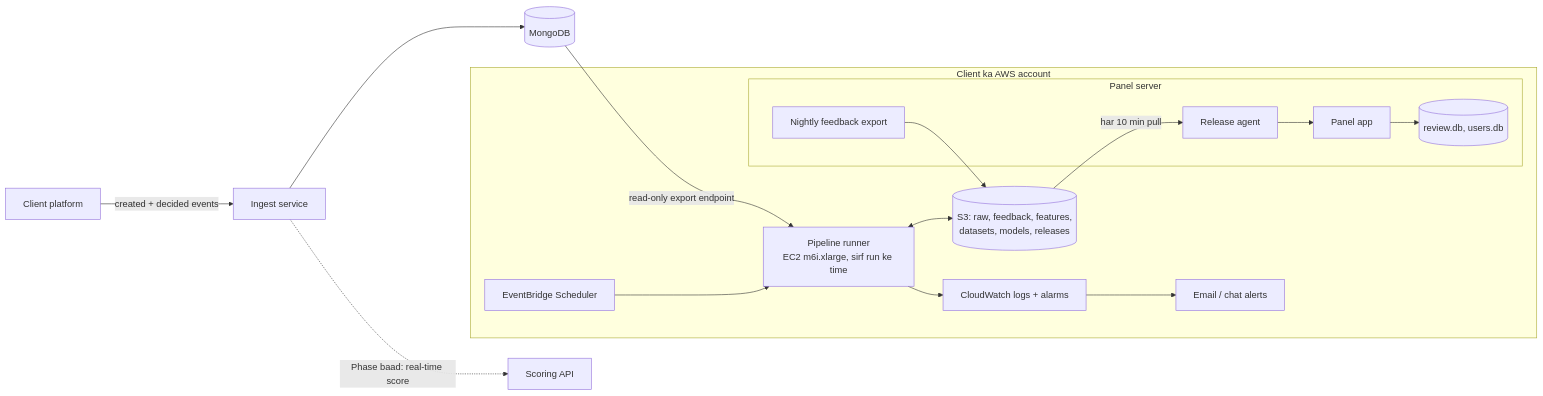
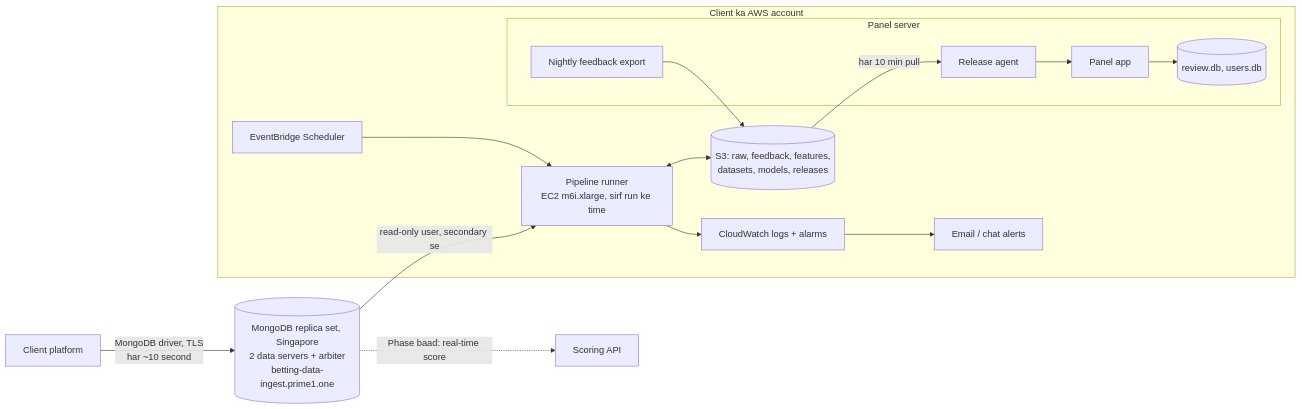
Before and after one commit to MiraiGateTechnologies/fraud_detection: the second of 2 diagrams in documents/System_Architecture_Document.md, drawn with Mermaid. The commit also changed other lines of this file and 17 other files, not shown here.

````diff
--- a/documents/System_Architecture_Document.md
+++ b/documents/System_Architecture_Document.md
@@ -110,20 +111,19 @@
 ```mermaid
 flowchart LR
-    PL[Client platform] -->|created + decided events| API[Ingest service]
-    API --> MDB[(MongoDB)]
-    MDB -->|read-only export endpoint| RUN
+    PL[Client platform] -->|MongoDB driver, TLS<br/>har ~10 second| RS[(MongoDB replica set, Singapore<br/>2 data servers + arbiter<br/>betting-data-ingest.prime1.one)]
+    RS -->|read-only user, secondary se| RUN
     subgraph AWS["Client ka AWS account"]
         SCH[EventBridge Scheduler] --> RUN[Pipeline runner<br/>EC2 m6i.xlarge, sirf run ke time]
         RUN <--> S3[(S3: raw, feedback, features,<br/>datasets, models, releases)]
         RUN --> CW[CloudWatch logs + alarms]
         CW --> NT[Email / chat alerts]
         subgraph PS["Panel server"]
             AG[Release agent] --> APP[Panel app]
             APP --> DB[(review.db, users.db)]
             EXJ[Nightly feedback export]
         end
         S3 -->|har 10 min pull| AG
         EXJ --> S3
     end
-    API -.->|Phase baad: real-time score| RT[Scoring API]
+    RS -.->|Phase baad: real-time score| RT[Scoring API]
 ```
````
